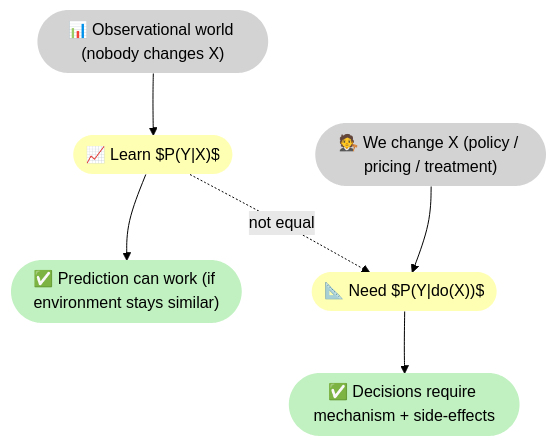
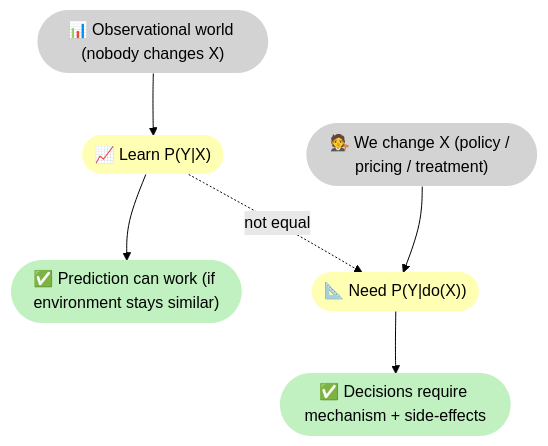
The third of 4 diagrams in docs/philosophy/correlation-vs-causality.md (5Reasons/5reasons.github.io), drawn with Mermaid (forest theme) before and after one commit. The commit also changed other lines of this file, not shown here.

Commit message:
Refactor causal diagrams: Remove dollar signs from probability notations for clarity and consistency.

````diff
--- a/docs/philosophy/correlation-vs-causality.md
+++ b/docs/philosophy/correlation-vs-causality.md
@@ -112,25 +112,25 @@
 ```mermaid
 flowchart TB
 %% Styles (brModel Standard)
 classDef i fill:#D3D3D3,stroke-width:0px,color:#000;
 classDef p fill:#B3D9FF,stroke-width:0px,color:#000;
 classDef r fill:#FFFFB3,stroke-width:0px,color:#000;
 classDef o fill:#C1F0C1,stroke-width:0px,color:#000;
 classDef s fill:#FFB3B3,stroke-width:0px,color:#000;
 
 I_Obs(["📊 Observational world (nobody changes X)"]):::i
-R_Pyx(["📈 Learn $P(Y|X)$"]):::r
+R_Pyx(["📈 Learn P(Y|X)"]):::r
 O_Pred(["✅ Prediction can work (if environment stays similar)"]):::o
 
 I_Do(["🧑‍⚖️ We change X (policy / pricing / treatment)"]):::i
-R_Pydo(["📐 Need $P(Y|do(X))$"]):::r
+R_Pydo(["📐 Need P(Y|do(X))"]):::r
 O_Dec(["✅ Decisions require mechanism + side-effects"]):::o
 
 I_Obs --> R_Pyx --> O_Pred
 I_Do --> R_Pydo --> O_Dec
 
 R_Pyx -. "not equal" .-> R_Pydo
 
 %% Clickable nodes
 click R_Pydo "/methodology/causalgraphrag/" "CausalGraphRAG"
 ```
````
